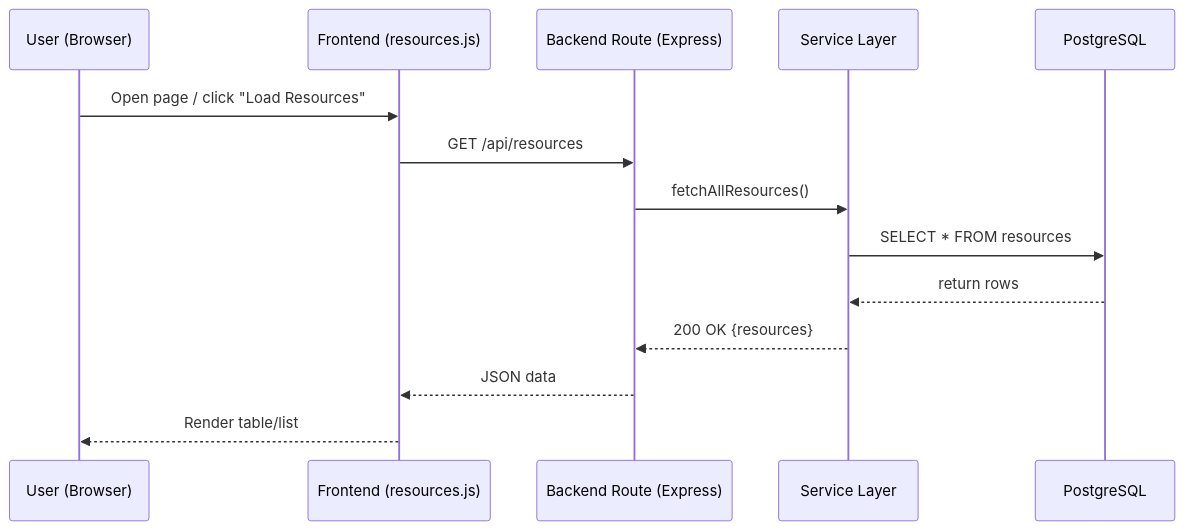
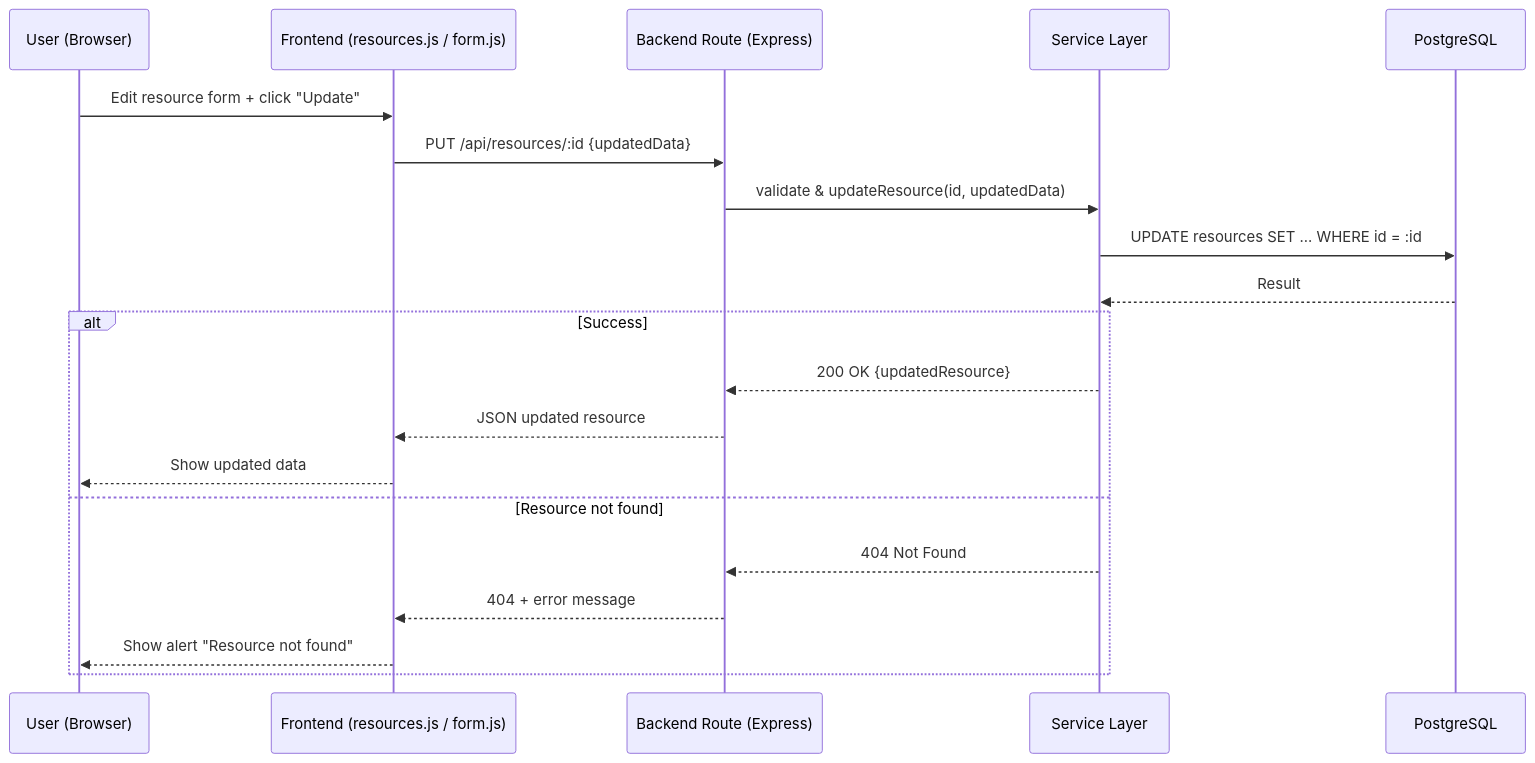
The second of 2 diagrams in G1_CRUD_DataFlow.md (Mantti123/BookingSystem), drawn with Mermaid before and after one commit. The commit also changed other lines of this file, not shown here.

````diff
--- a/G1_CRUD_DataFlow.md
+++ b/G1_CRUD_DataFlow.md
@@ -3,17 +30,24 @@
 ```mermaid
 sequenceDiagram
     participant User as User (Browser)
-    participant FE as Frontend (resources.js)
+    participant FE as Frontend (resources.js / form.js)
     participant BE as Backend Route (Express)
     participant Service as Service Layer
     participant DB as PostgreSQL
 
-    User->>FE: Open page / click "Load Resources"
-    FE->>BE: GET /api/resources
-    BE->>Service: fetchAllResources()
-    Service->>DB: SELECT * FROM resources
-    DB-->>Service: return rows
-    Service-->>BE: 200 OK {resources}
-    BE-->>FE: JSON data
-    FE-->>User: Render table/list
-```
+    User->>FE: Edit resource form + click "Update"
+    FE->>BE: PUT /api/resources/:id {updatedData}
+    BE->>Service: validate & updateResource(id, updatedData)
+    Service->>DB: UPDATE resources SET ... WHERE id = :id
+    DB-->>Service: Result
+
+    alt Success
+        Service-->>BE: 200 OK {updatedResource}
+        BE-->>FE: JSON updated resource
+        FE-->>User: Show updated data
+    else Resource not found
+        Service-->>BE: 404 Not Found
+        BE-->>FE: 404 + error message
+        FE-->>User: Show alert "Resource not found"
+    end
+```    
````
